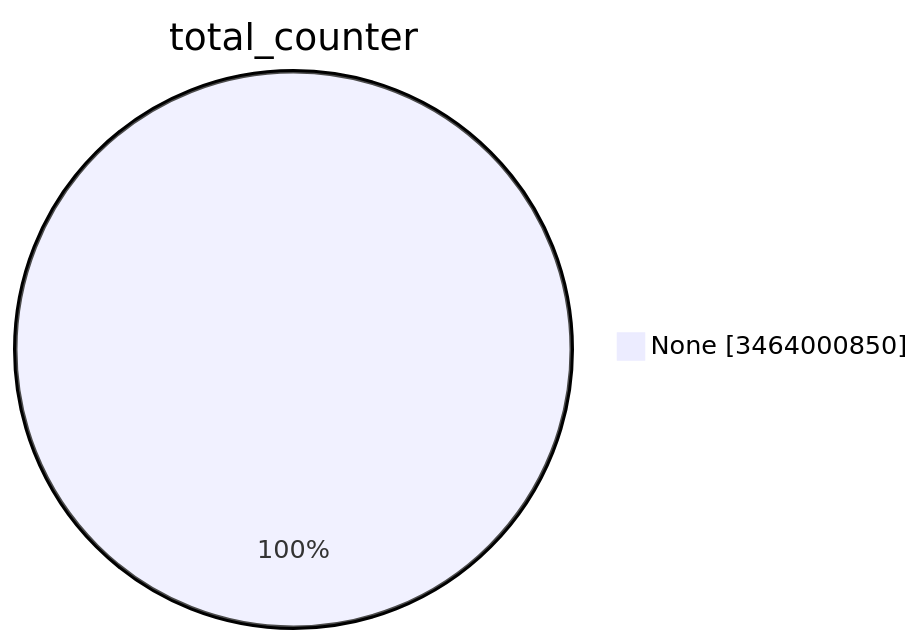
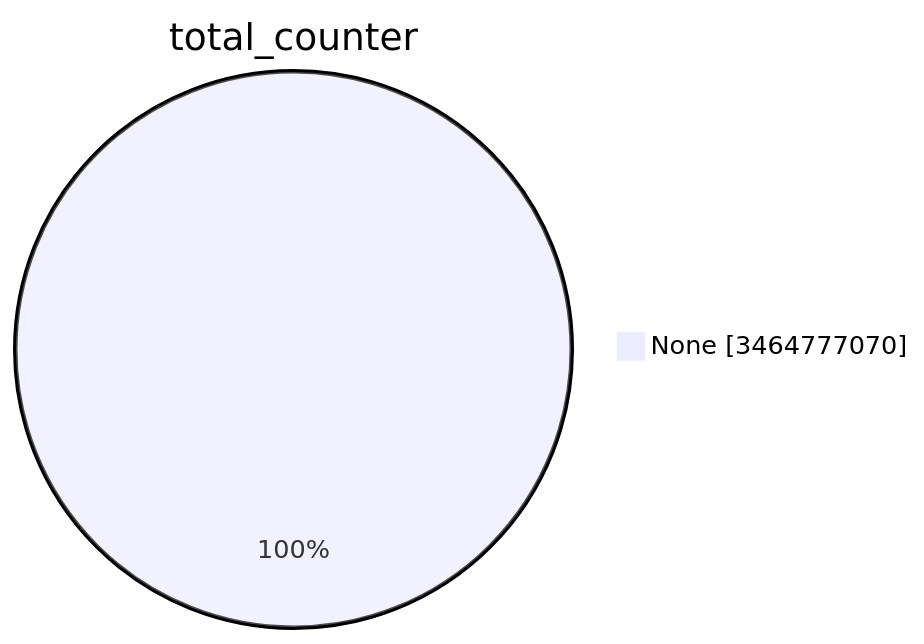
Before and after one commit to christiankrug/ctmonitor_visualization: the first of 15 diagrams in TOTAL/README.md, drawn with Mermaid. The commit also changed other lines of this file, not shown here.

````diff
--- a/TOTAL/README.md
+++ b/TOTAL/README.md
@@ -1,5 +1,5 @@
 ```mermaid
 pie showData
 title total_counter
-"None" :3464000850
+"None" :3464777070
 ```
````
